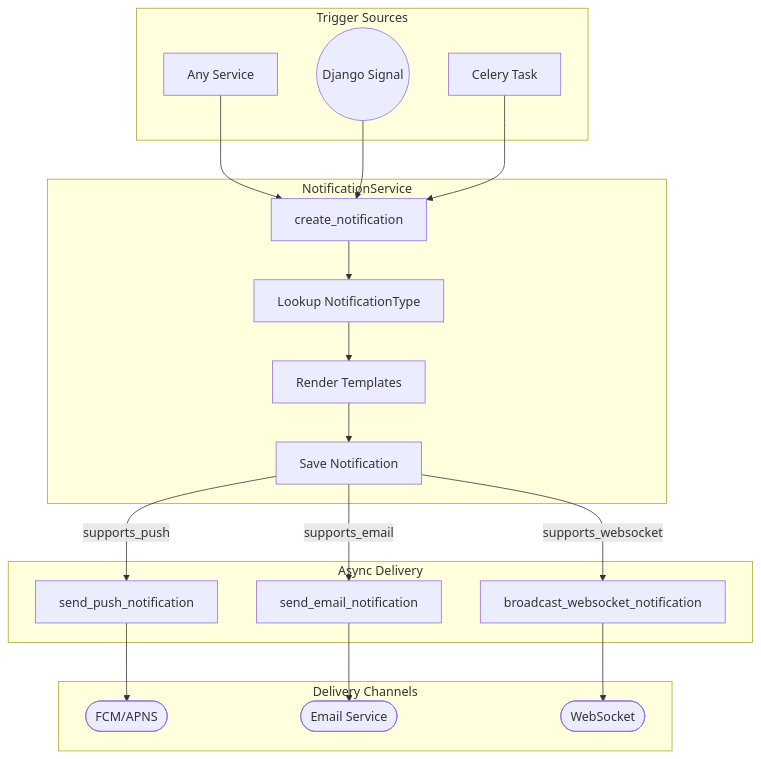
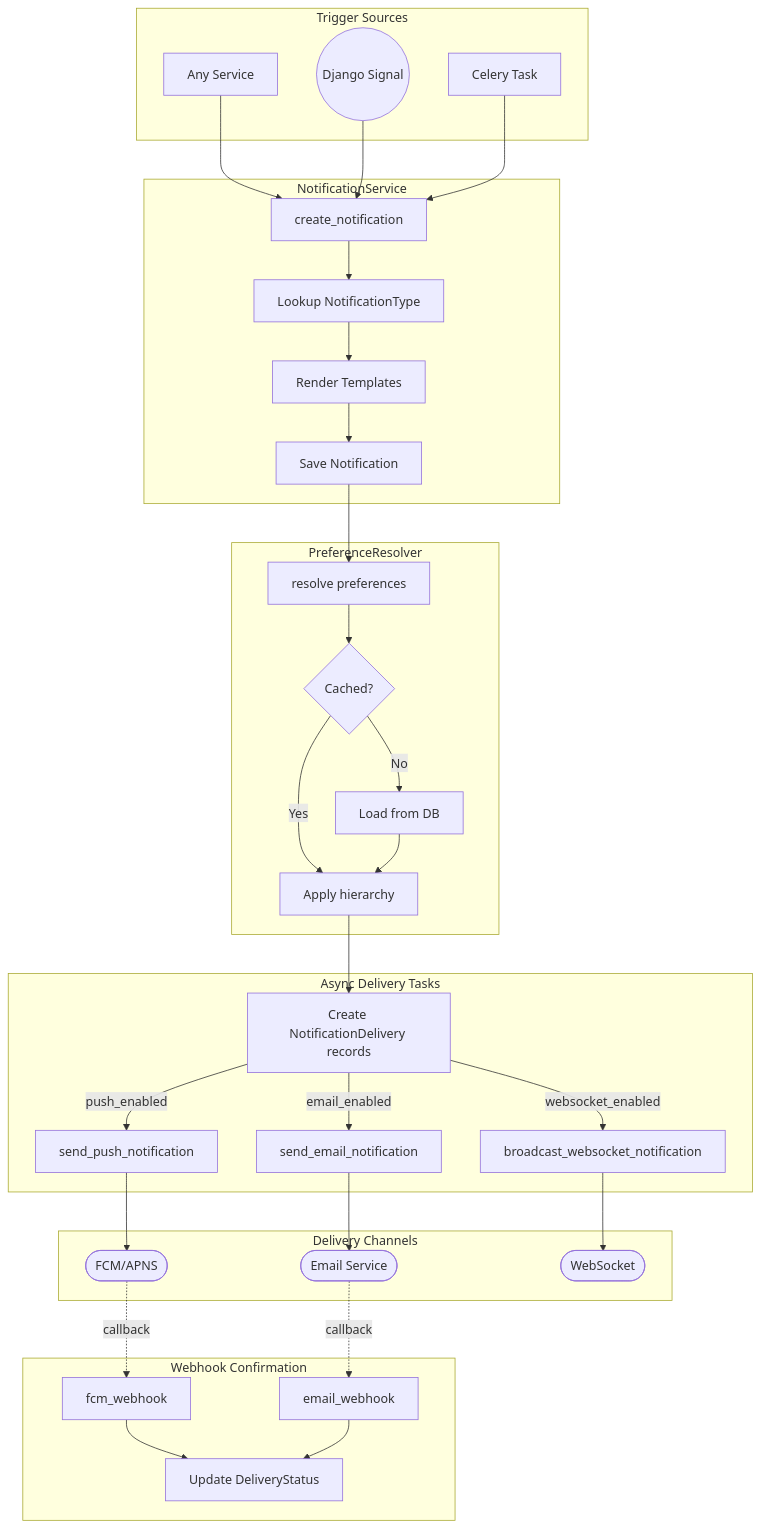
One commit to vuongdovu/soundwalkbackend changed the fourth of 7 diagrams in app/notifications/ARCHITECTURE.md. Above: the diagram before and after it, drawn with Mermaid. The commit also changed other lines of this file and 18 other files, not shown here.

First line of the commit message:
Add notification preferences and delivery tracking system

````diff
--- a/app/notifications/ARCHITECTURE.md
+++ b/app/notifications/ARCHITECTURE.md
@@ -79,42 +175,68 @@
 ```mermaid
 flowchart TD
     subgraph Trigger["Trigger Sources"]
         Service[Any Service]
         Signal((Django Signal))
         Task[Celery Task]
     end
 
     subgraph Creation["NotificationService"]
         Create[create_notification]
         Lookup[Lookup NotificationType]
         Render[Render Templates]
         Save[Save Notification]
     end
 
-    subgraph Delivery["Async Delivery"]
+    subgraph Preferences["PreferenceResolver"]
+        Resolve[resolve preferences]
+        Cache{Cached?}
+        LoadDB[Load from DB]
+        Apply[Apply hierarchy]
+    end
+
+    subgraph Delivery["Async Delivery Tasks"]
+        CreateDeliveries[Create NotificationDelivery records]
         PushTask[send_push_notification]
         EmailTask[send_email_notification]
         WSTask[broadcast_websocket_notification]
     end
 
     subgraph Channels["Delivery Channels"]
         FCM([FCM/APNS])
         Email([Email Service])
         WS([WebSocket])
     end
 
+    subgraph Confirmation["Webhook Confirmation"]
+        FCMHook[fcm_webhook]
+        EmailHook[email_webhook]
+        UpdateStatus[Update DeliveryStatus]
+    end
+
     Service --> Create
     Signal --> Create
     Task --> Create
 
     Create --> Lookup
     Lookup --> Render
     Render --> Save
-    Save --> |supports_push| PushTask
-    Save --> |supports_email| EmailTask
-    Save --> |supports_websocket| WSTask
+    Save --> Resolve
+
+    Resolve --> Cache
+    Cache -->|Yes| Apply
+    Cache -->|No| LoadDB --> Apply
+
+    Apply --> CreateDeliveries
+    CreateDeliveries -->|push_enabled| PushTask
+    CreateDeliveries -->|email_enabled| EmailTask
+    CreateDeliveries -->|websocket_enabled| WSTask
 
     PushTask --> FCM
     EmailTask --> Email
     WSTask --> WS
+
+    FCM -.->|callback| FCMHook
+    Email -.->|callback| EmailHook
+    FCMHook --> UpdateStatus
+    EmailHook --> UpdateStatus
 ```
````
